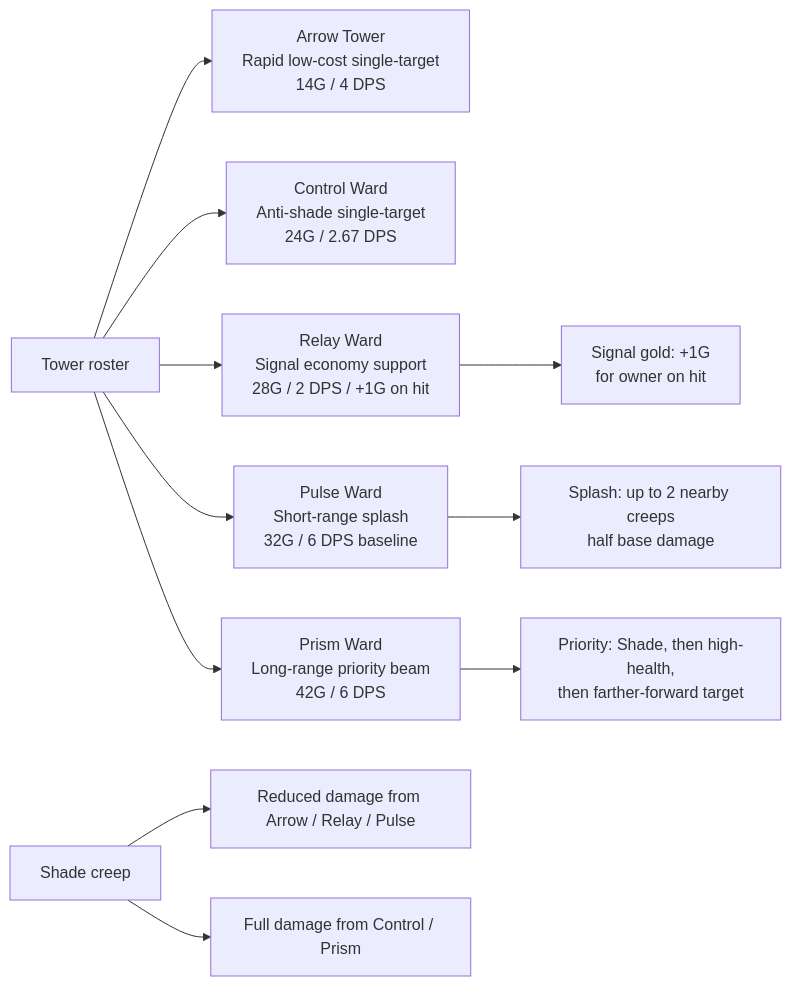
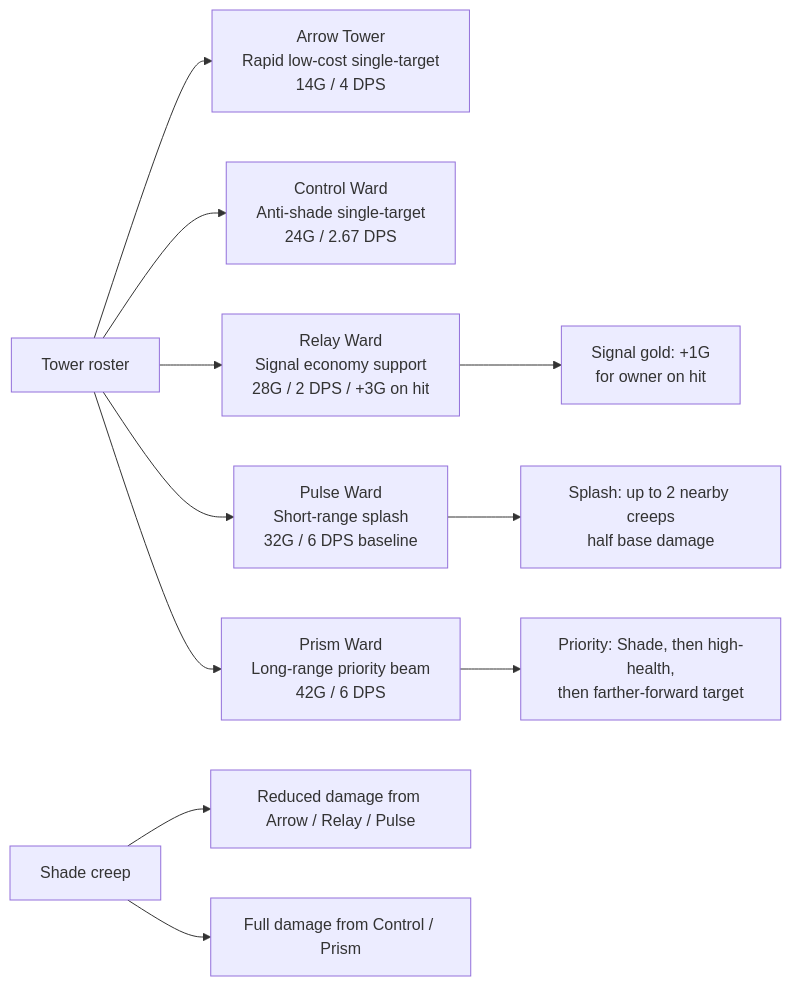
Before and after one commit to linewardsdev/Linewards-Dev: the first of 3 diagrams in docs/TOWER_AND_CREEP_ROSTER.md, drawn with Mermaid. The commit also changed other lines of this file and 4 other files, not shown here.

````diff
--- a/docs/TOWER_AND_CREEP_ROSTER.md
+++ b/docs/TOWER_AND_CREEP_ROSTER.md
@@ -56,16 +82,16 @@
 ```mermaid
 flowchart LR
     towers["Tower roster"]
 
     towers --> arrow["Arrow Tower<br/>Rapid low-cost single-target<br/>14G / 4 DPS"]
     towers --> control["Control Ward<br/>Anti-shade single-target<br/>24G / 2.67 DPS"]
-    towers --> relay["Relay Ward<br/>Signal economy support<br/>28G / 2 DPS / +1G on hit"]
+    towers --> relay["Relay Ward<br/>Signal economy support<br/>28G / 2 DPS / +3G on hit"]
     towers --> pulse["Pulse Ward<br/>Short-range splash<br/>32G / 6 DPS baseline"]
     towers --> prism["Prism Ward<br/>Long-range priority beam<br/>42G / 6 DPS"]
 
     shade["Shade creep"] --> reduced["Reduced damage from Arrow / Relay / Pulse"]
     shade --> full["Full damage from Control / Prism"]
     pulse --> splash["Splash: up to 2 nearby creeps<br/>half base damage"]
     prism --> priority["Priority: Shade, then high-health,<br/>then farther-forward target"]
     relay --> signal["Signal gold: +1G<br/>for owner on hit"]
 ```
````
